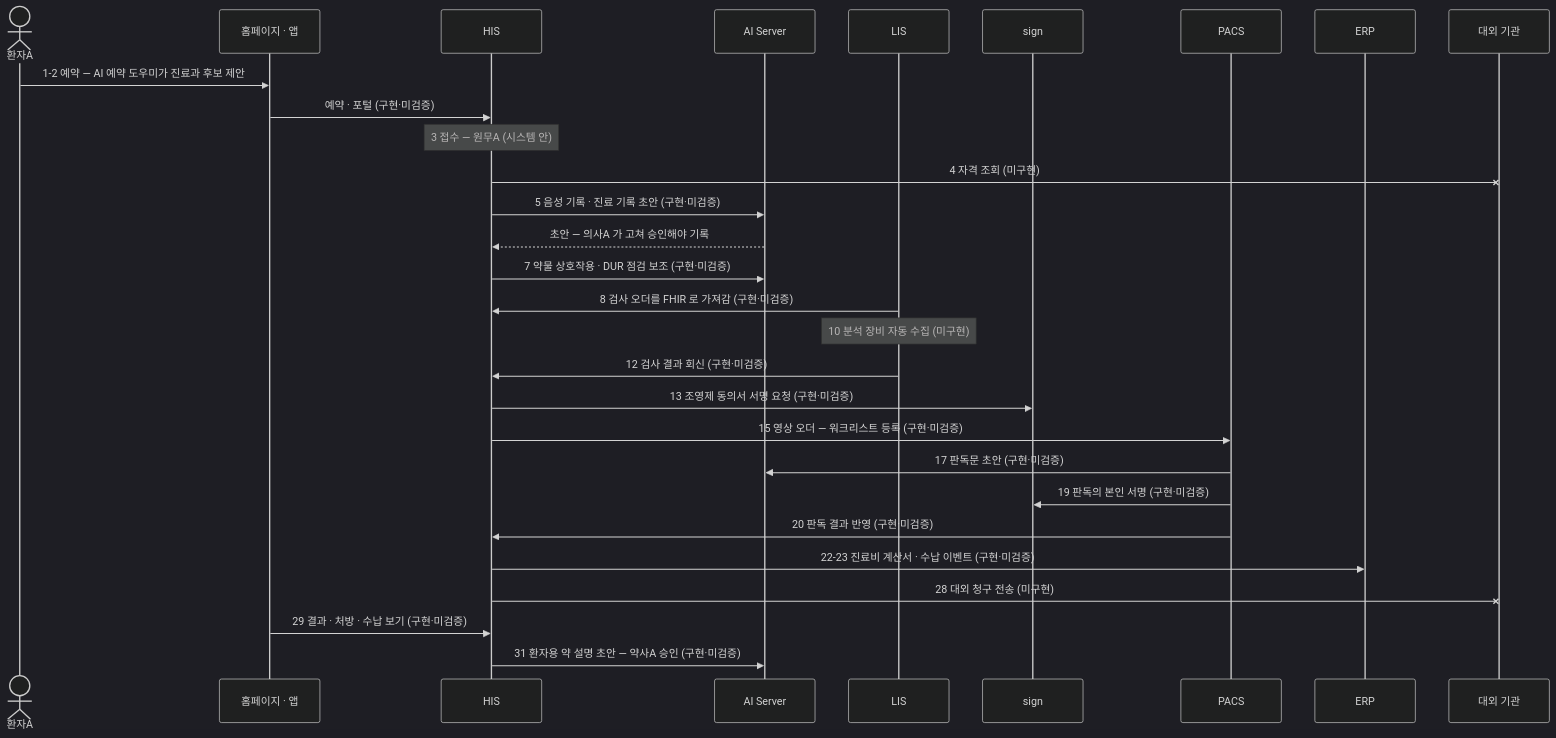
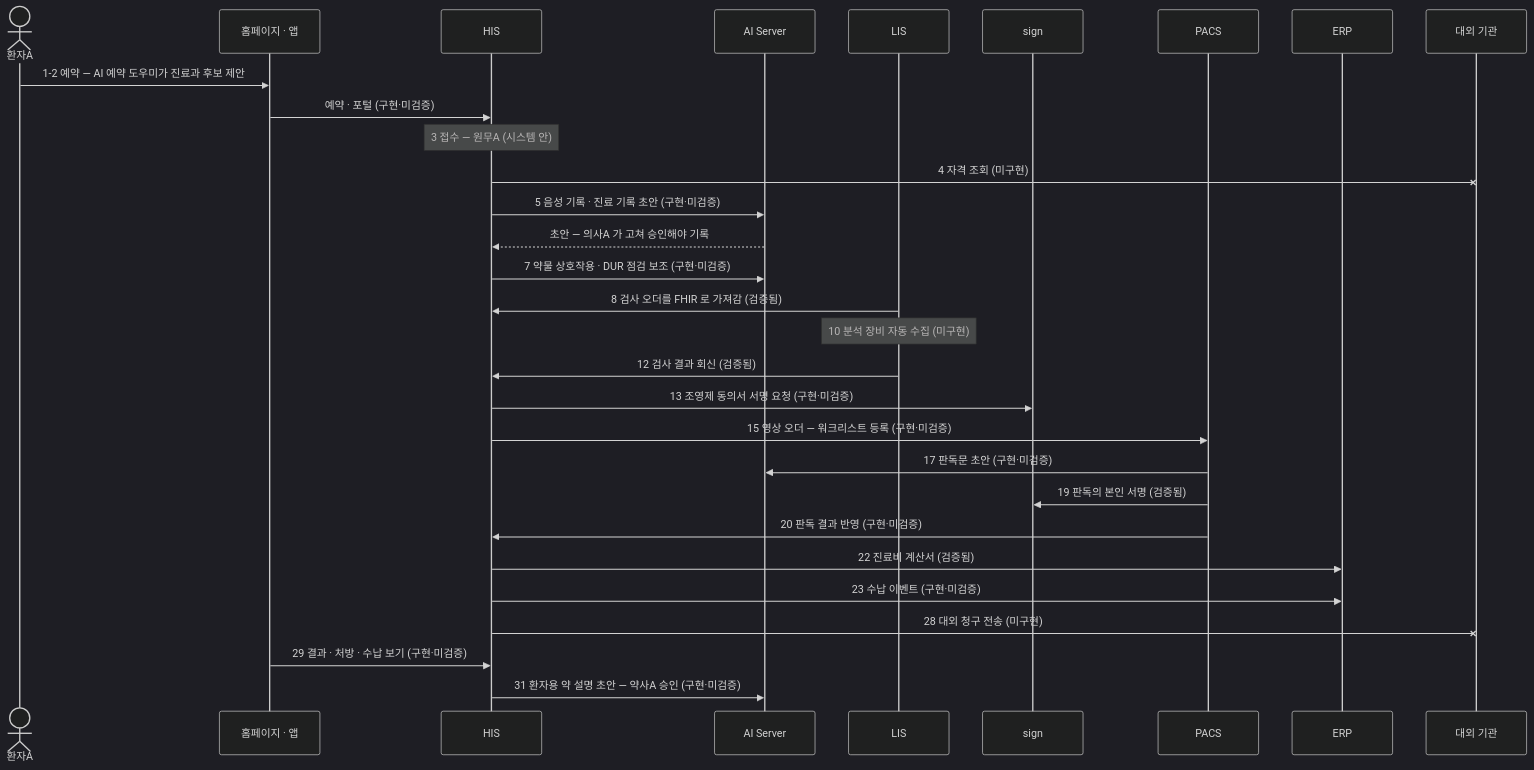
One commit to seanshin/werub-his-ecosystem changed the third of 3 diagrams in deck/slides.md. Above: the diagram before and after it, drawn with Mermaid (dark theme). The commit also changed other lines of this file and 7 other files, not shown here.

````diff
--- a/deck/slides.md
+++ b/deck/slides.md
@@ -703,32 +714,33 @@
 ```mermaid
 sequenceDiagram
   actor PT as 환자A
   participant FRONT as 홈페이지 · 앱
   participant HIS as HIS
   participant AIS as AI Server
   participant LIS as LIS
   participant SIGN as sign
   participant PACS as PACS
   participant ERP as ERP
   participant EXT as 대외 기관
 
   PT->>FRONT: 1-2 예약 — AI 예약 도우미가 진료과 후보 제안
   FRONT->>HIS: 예약 · 포털 (구현·미검증)
   Note over HIS: 3 접수 — 원무A (시스템 안)
   HIS-xEXT: 4 자격 조회 (미구현)
   HIS->>AIS: 5 음성 기록 · 진료 기록 초안 (구현·미검증)
   AIS-->>HIS: 초안 — 의사A 가 고쳐 승인해야 기록
   HIS->>AIS: 7 약물 상호작용 · DUR 점검 보조 (구현·미검증)
-  LIS->>HIS: 8 검사 오더를 FHIR 로 가져감 (구현·미검증)
+  LIS->>HIS: 8 검사 오더를 FHIR 로 가져감 (검증됨)
   Note over LIS: 10 분석 장비 자동 수집 (미구현)
-  LIS->>HIS: 12 검사 결과 회신 (구현·미검증)
+  LIS->>HIS: 12 검사 결과 회신 (검증됨)
   HIS->>SIGN: 13 조영제 동의서 서명 요청 (구현·미검증)
   HIS->>PACS: 15 영상 오더 — 워크리스트 등록 (구현·미검증)
   PACS->>AIS: 17 판독문 초안 (구현·미검증)
-  PACS->>SIGN: 19 판독의 본인 서명 (구현·미검증)
+  PACS->>SIGN: 19 판독의 본인 서명 (검증됨)
   PACS->>HIS: 20 판독 결과 반영 (구현·미검증)
-  HIS->>ERP: 22-23 진료비 계산서 · 수납 이벤트 (구현·미검증)
+  HIS->>ERP: 22 진료비 계산서 (검증됨)
+  HIS->>ERP: 23 수납 이벤트 (구현·미검증)
   HIS-xEXT: 28 대외 청구 전송 (미구현)
   FRONT->>HIS: 29 결과 · 처방 · 수납 보기 (구현·미검증)
   HIS->>AIS: 31 환자용 약 설명 초안 — 약사A 승인 (구현·미검증)
 ```
````
